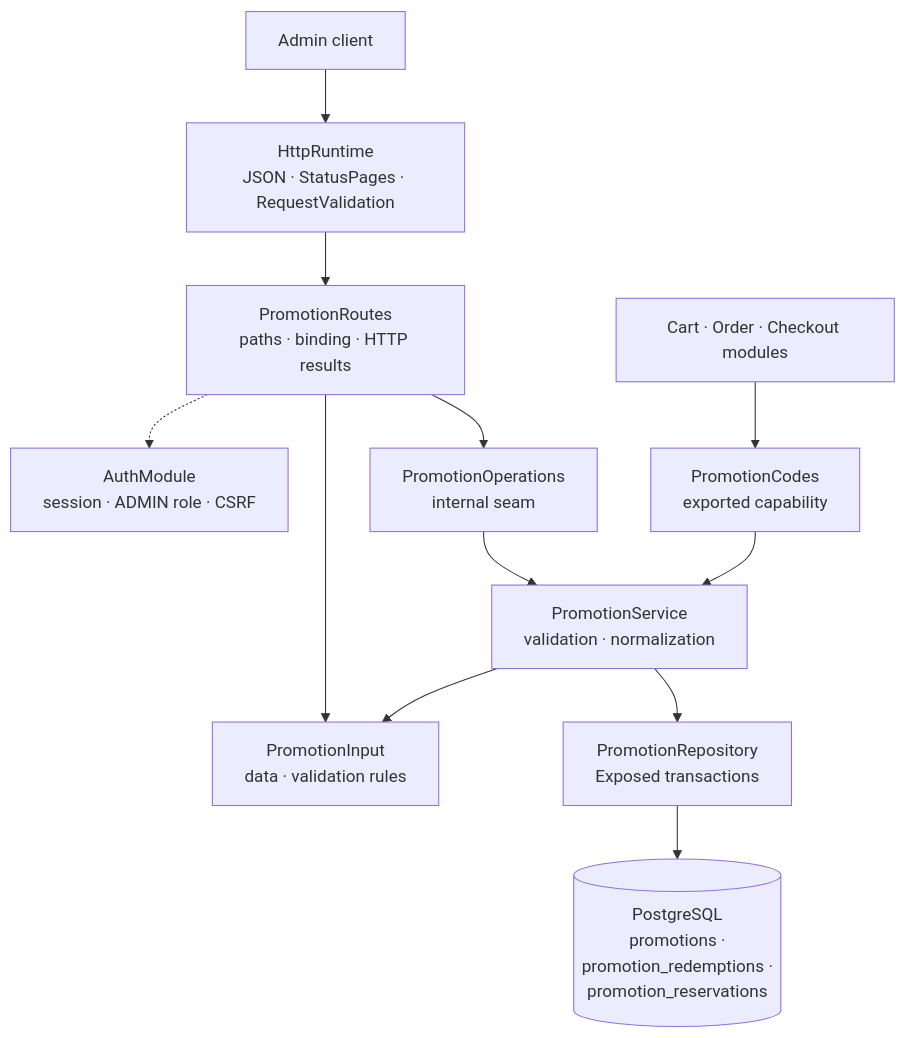
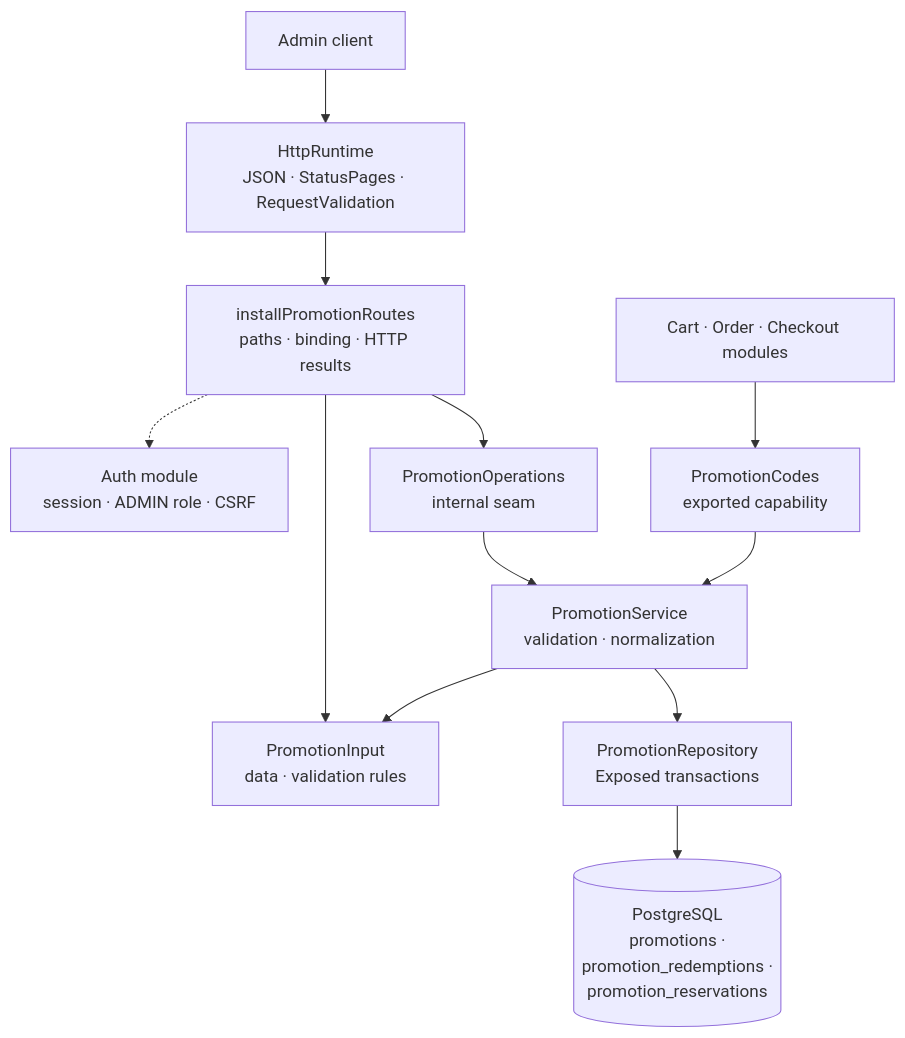
Before and after one commit to bitstorm-tech/voenix-shop-kotlin: the diagram in docs/dev/backend/promotion-package.md, drawn with Mermaid. The commit also changed other lines of this file and 94 other files, not shown here.

````diff
--- a/docs/dev/backend/promotion-package.md
+++ b/docs/dev/backend/promotion-package.md
@@ -29,25 +29,25 @@
 ```mermaid
 flowchart TB
     Client["Admin client"]
     Http["HttpRuntime<br/>JSON · StatusPages · RequestValidation"]
-    Auth["AuthModule<br/>session · ADMIN role · CSRF"]
-    Routes["PromotionRoutes<br/>paths · binding · HTTP results"]
+    Auth["Auth module<br/>session · ADMIN role · CSRF"]
+    Routes["installPromotionRoutes<br/>paths · binding · HTTP results"]
     Input["PromotionInput<br/>data · validation rules"]
     Operations["PromotionOperations<br/>internal seam"]
     Codes["PromotionCodes<br/>exported capability"]
     Consumer["Cart · Order · Checkout modules"]
     Service["PromotionService<br/>validation · normalization"]
     Repository["PromotionRepository<br/>Exposed transactions"]
     Promotions[("PostgreSQL<br/>promotions ·<br/>promotion_redemptions ·<br/>promotion_reservations")]
 
     Client --> Http --> Routes
     Routes -.-> Auth
     Routes --> Input
     Routes --> Operations
     Consumer --> Codes
     Operations --> Service
     Codes --> Service
     Service --> Input
     Service --> Repository
     Repository --> Promotions
 ```
````
